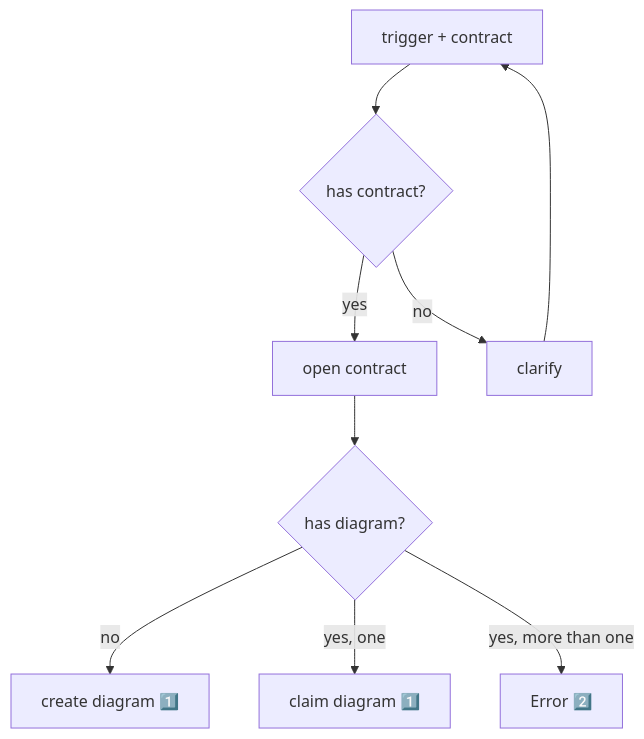
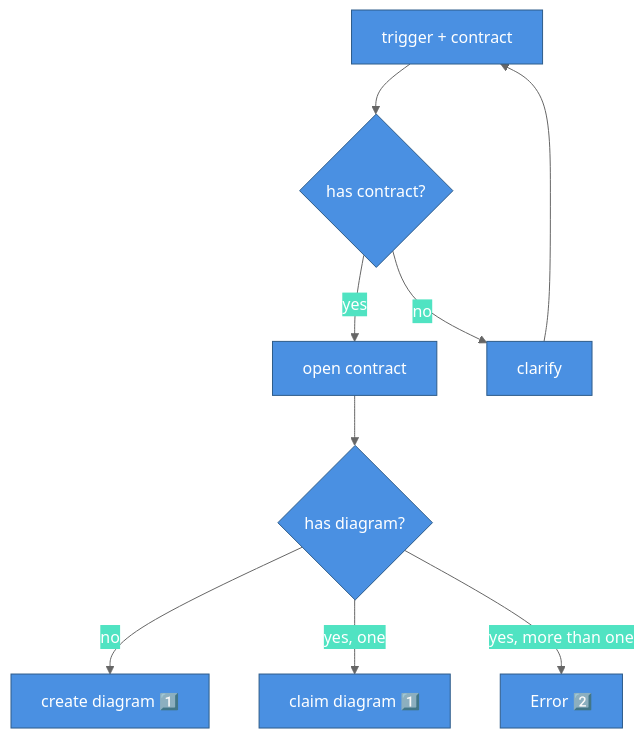
One commit to nonlinear/skills changed the diagram in contract-diagram/SKILL.md. Above: the diagram before and after it, drawn with Mermaid. The commit also changed other lines of this file, not shown here.

Commit message:
Before moving link to emoji + removing Rules text

````diff
--- a/contract-diagram/SKILL.md
+++ b/contract-diagram/SKILL.md
@@ -18,21 +20,22 @@
 ```mermaid
+%%{init: {'theme':'base','themeVariables':{"primaryColor":"#4A90E2","primaryTextColor":"#fff","primaryBorderColor":"#2E5C8A","lineColor":"#666","secondaryColor":"#50E3C2","tertiaryColor":"#FFD700"}}}%%
 flowchart TD
     TRIGGER["trigger + contract"]
     CHECK_CONTRACT{"has contract?"}
     OPEN["open contract"]
     CLARIFY["clarify"]
     CHECK_DIAGRAM{"has diagram?"}
     CREATE["create diagram 1️⃣"]
     CLAIM["claim diagram 1️⃣"]
     ERROR["Error 2️⃣"]
     
     TRIGGER --> CHECK_CONTRACT
     CHECK_CONTRACT -->|yes| OPEN
     CHECK_CONTRACT -->|no| CLARIFY
     CLARIFY --> TRIGGER
     
     OPEN --> CHECK_DIAGRAM
     CHECK_DIAGRAM -->|no| CREATE
     CHECK_DIAGRAM -->|yes, one| CLAIM
     CHECK_DIAGRAM -->|yes, more than one| ERROR
 ```
````
